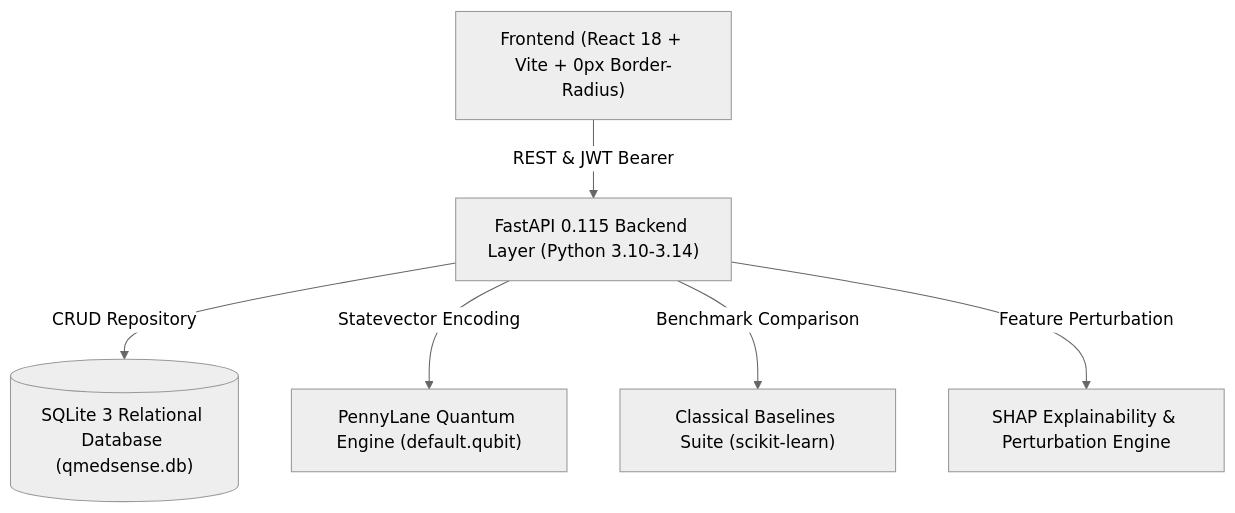
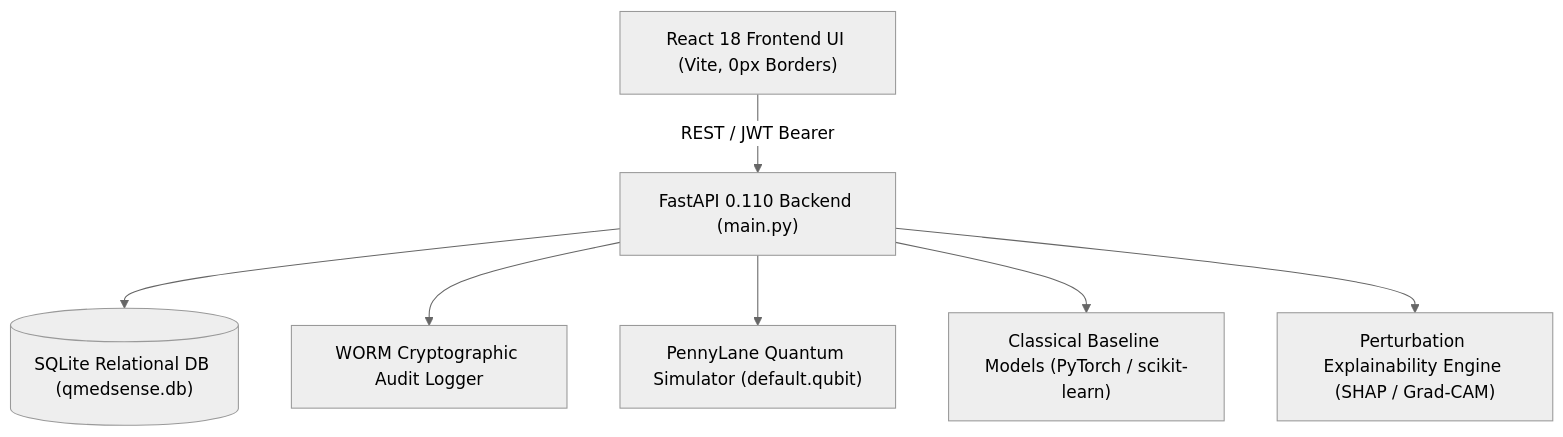
Before and after one commit to ARYANCY/QDoc: the diagram in docs/INDEX.md, drawn with Mermaid (neutral theme). The commit also changed other lines of this file and 55 other files, not shown here.

````diff
--- a/docs/INDEX.md
+++ b/docs/INDEX.md
@@ -26,15 +40,9 @@
 ```mermaid
 graph TD
-    Client["Frontend (React 18 + Vite + 0px Border-Radius)"]
-    API["FastAPI 0.115 Backend Layer (Python 3.10-3.14)"]
-    DB[("SQLite 3 Relational Database (qmedsense.db)")]
-    QML["PennyLane Quantum Engine (default.qubit)"]
-    ML["Classical Baselines Suite (scikit-learn)"]
-    Explain["SHAP Explainability & Perturbation Engine"]
-
-    Client -->|REST & JWT Bearer| API
-    API -->|CRUD Repository| DB
-    API -->|Statevector Encoding| QML
-    API -->|Benchmark Comparison| ML
-    API -->|Feature Perturbation| Explain
+    UI["React 18 Frontend UI (Vite, 0px Borders)"] -->|REST / JWT Bearer| API["FastAPI 0.110 Backend (main.py)"]
+    API --> DB[("SQLite Relational DB (qmedsense.db)")]
+    API --> WORM["WORM Cryptographic Audit Logger"]
+    API --> QML["PennyLane Quantum Simulator (default.qubit)"]
+    API --> ML["Classical Baseline Models (PyTorch / scikit-learn)"]
+    API --> Explain["Perturbation Explainability Engine (SHAP / Grad-CAM)"]
 ```
````
